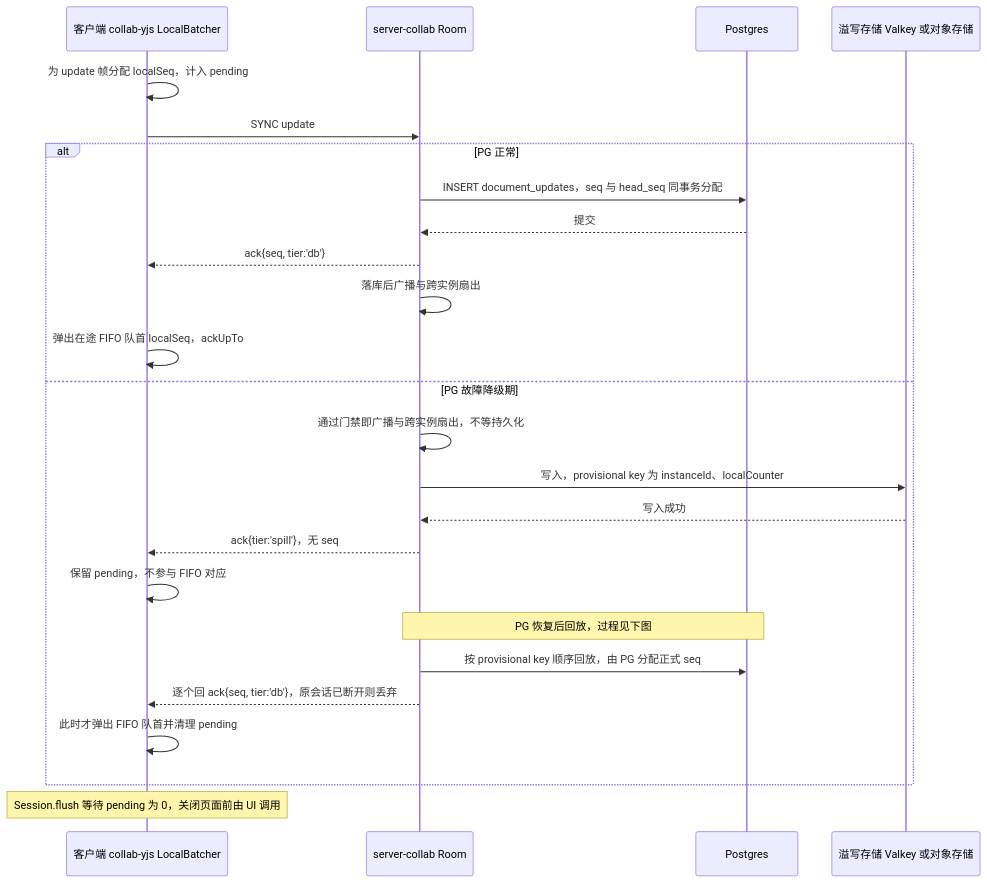
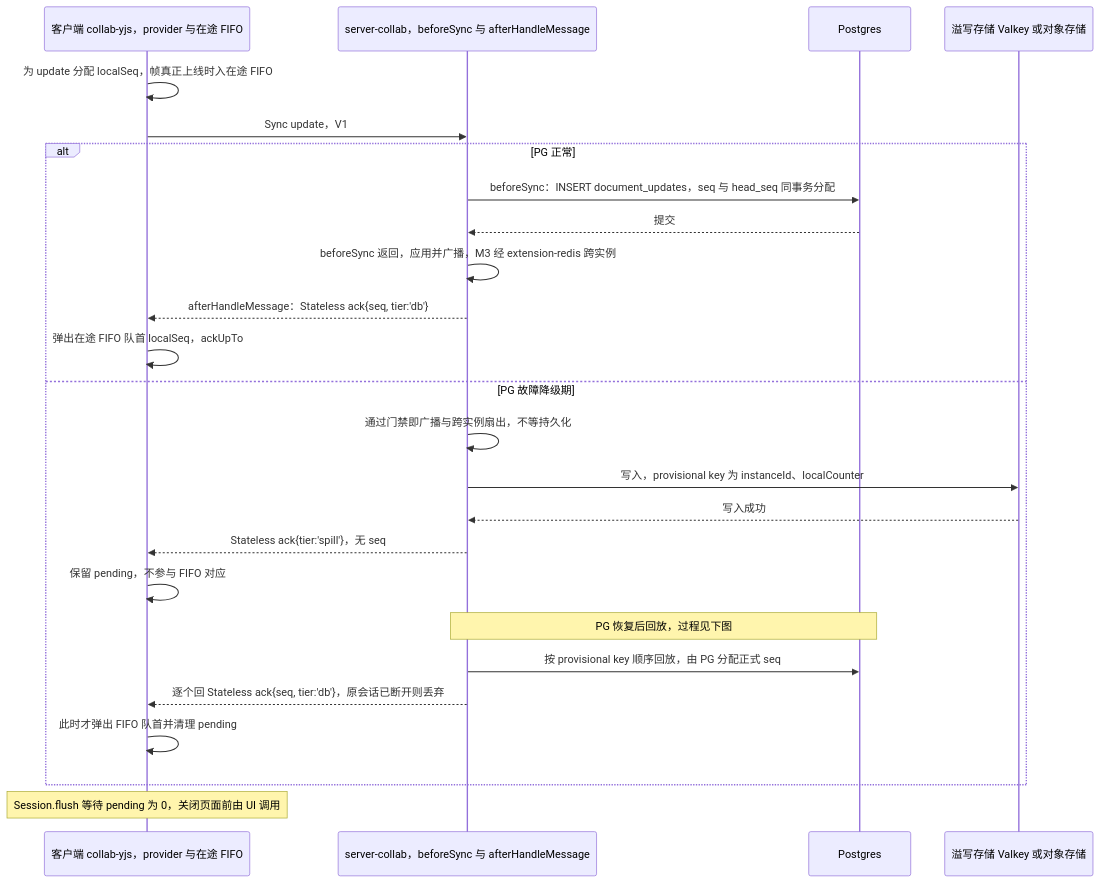
One commit to Xeonice/cordis-ppt-editor changed the ninth of 15 diagrams in docs/30-architecture/06-collaboration.md. Above: the diagram before and after it, drawn with Mermaid. The commit also changed other lines of this file and 78 other files, not shown here.

````diff
--- a/docs/30-architecture/06-collaboration.md
+++ b/docs/30-architecture/06-collaboration.md
@@ -698,27 +716,27 @@
 ```mermaid
 sequenceDiagram
-  participant C as 客户端 collab-yjs LocalBatcher
-  participant R as server-collab Room
+  participant C as 客户端 collab-yjs，provider 与在途 FIFO
+  participant R as server-collab，beforeSync 与 afterHandleMessage
   participant PG as Postgres
   participant SP as 溢写存储 Valkey 或对象存储
-  C->>C: 为 update 帧分配 localSeq，计入 pending
-  C->>R: SYNC update
+  C->>C: 为 update 分配 localSeq，帧真正上线时入在途 FIFO
+  C->>R: Sync update，V1
   alt PG 正常
-    R->>PG: INSERT document_updates，seq 与 head_seq 同事务分配
+    R->>PG: beforeSync：INSERT document_updates，seq 与 head_seq 同事务分配
     PG-->>R: 提交
-    R-->>C: ack{seq, tier:'db'}
-    R->>R: 落库后广播与跨实例扇出
+    R->>R: beforeSync 返回，应用并广播，M3 经 extension-redis 跨实例
+    R-->>C: afterHandleMessage：Stateless ack{seq, tier:'db'}
     C->>C: 弹出在途 FIFO 队首 localSeq，ackUpTo
   else PG 故障降级期
     R->>R: 通过门禁即广播与跨实例扇出，不等持久化
     R->>SP: 写入，provisional key 为 instanceId、localCounter
     SP-->>R: 写入成功
-    R-->>C: ack{tier:'spill'}，无 seq
+    R-->>C: Stateless ack{tier:'spill'}，无 seq
     C->>C: 保留 pending，不参与 FIFO 对应
     Note over R,PG: PG 恢复后回放，过程见下图
     R->>PG: 按 provisional key 顺序回放，由 PG 分配正式 seq
-    R-->>C: 逐个回 ack{seq, tier:'db'}，原会话已断开则丢弃
+    R-->>C: 逐个回 Stateless ack{seq, tier:'db'}，原会话已断开则丢弃
     C->>C: 此时才弹出 FIFO 队首并清理 pending
   end
   Note over C: Session.flush 等待 pending 为 0，关闭页面前由 UI 调用
 ```
````
